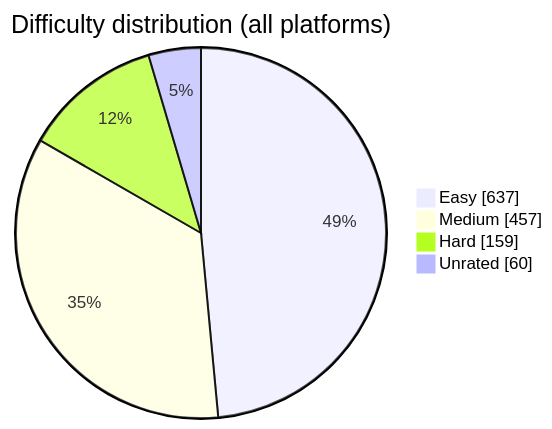
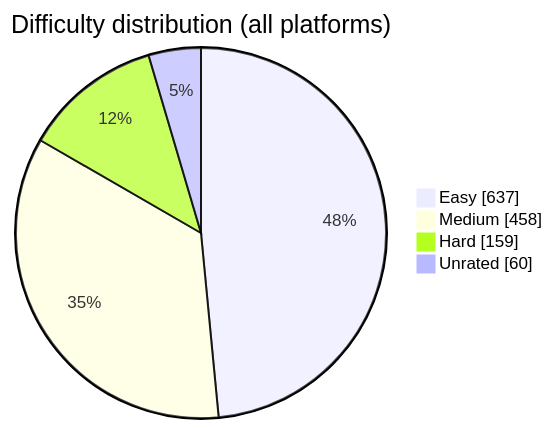
Before and after one commit to BuildbyArindam/Daily-Coding-Log: the diagram in README.md, drawn with Mermaid. The commit also changed other lines of this file, not shown here.

````diff
--- a/README.md
+++ b/README.md
@@ -93,7 +93,7 @@
 ```mermaid
 pie showData title Difficulty distribution (all platforms)
     "Easy" : 637
-    "Medium" : 457
+    "Medium" : 458
     "Hard" : 159
     "Unrated" : 60
 ```
````
